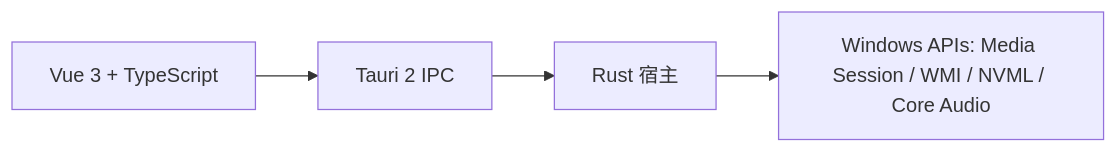
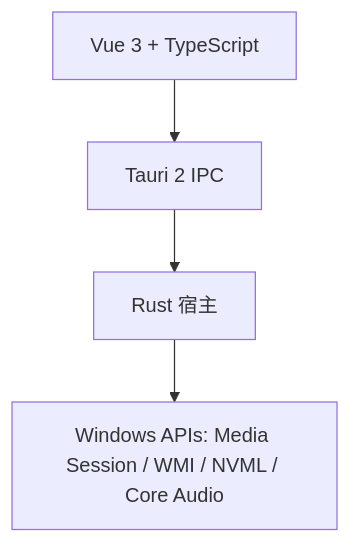
Before and after one commit to Hayden0226/Dynamic_Island_for_Windows: the diagram in README.md, drawn with Mermaid.

Commit message:
docs: use vertical Mermaid layout

````diff
--- a/README.md
+++ b/README.md
@@ -146,6 +146,6 @@
 ```mermaid
-flowchart LR
+flowchart TB
   UI["Vue 3 + TypeScript"] --> IPC["Tauri 2 IPC"]
   IPC --> HOST["Rust 宿主"]
   HOST --> WIN["Windows APIs: Media Session / WMI / NVML / Core Audio"]
 ```
````
